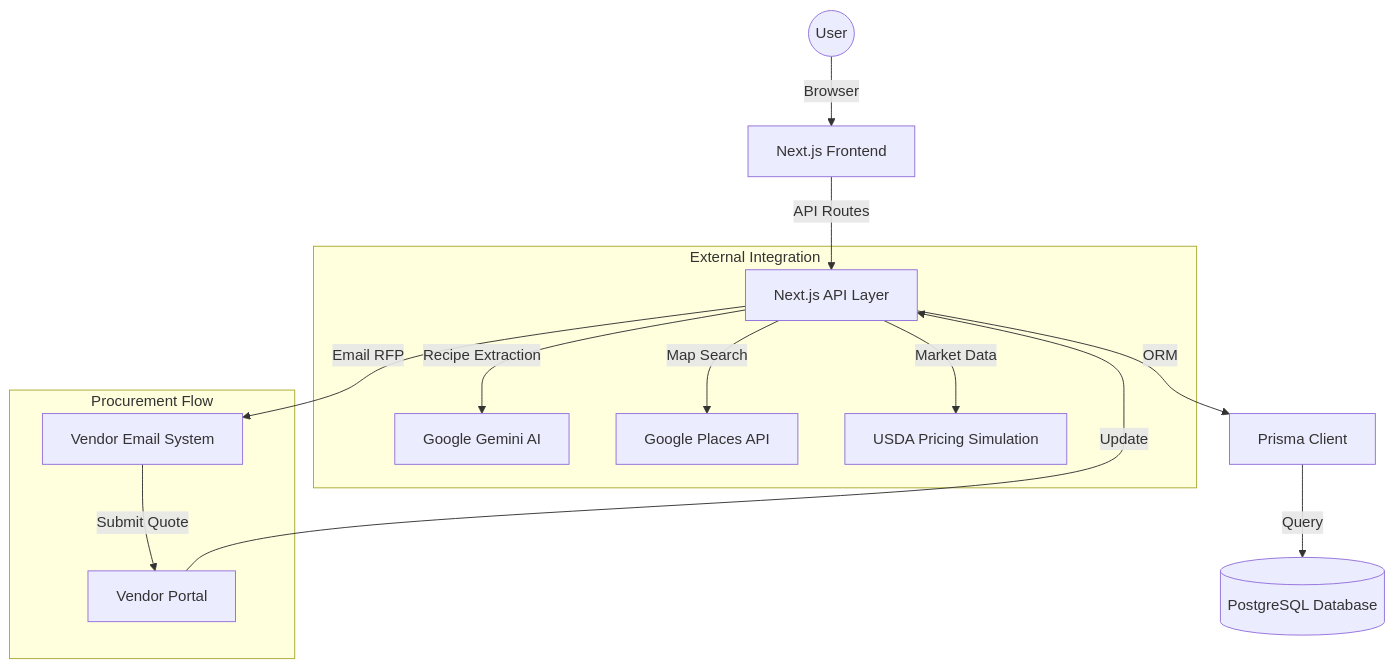
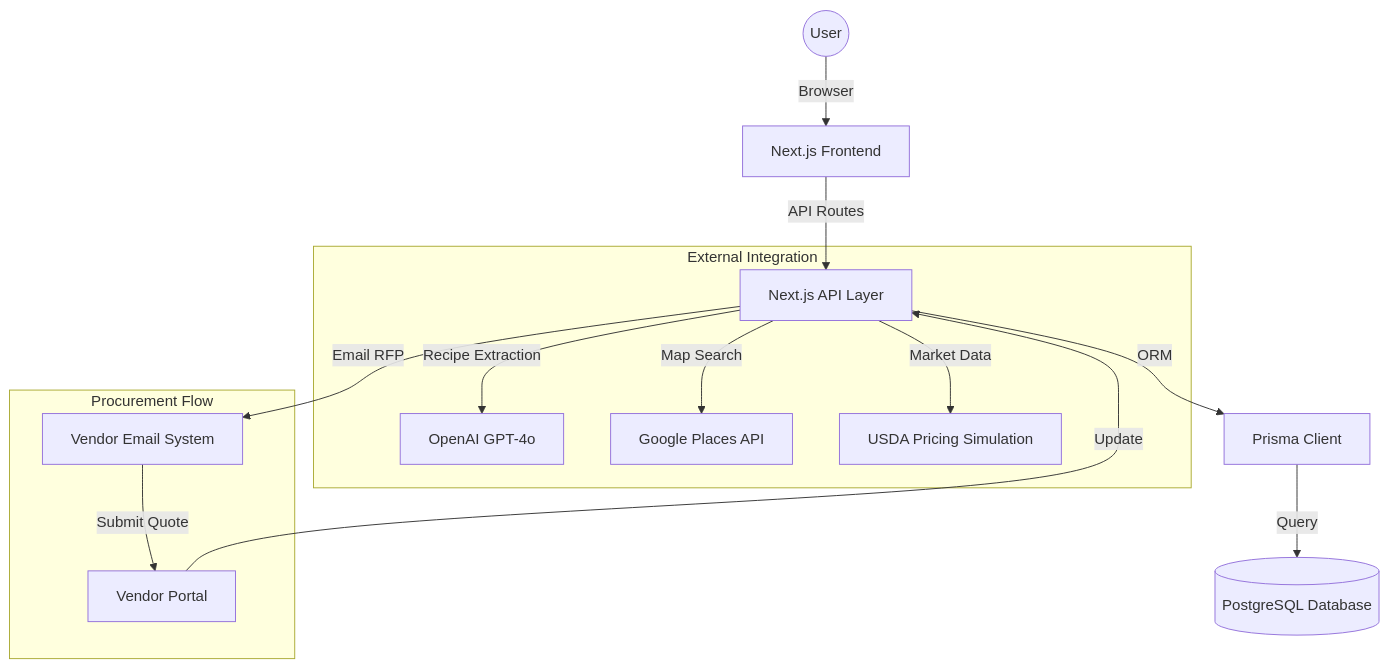
One commit to Utsavd7/AutoRFP-Automated-Ingredient-Procurement-System changed the first of 2 diagrams in README.md. Above: the diagram before and after it, drawn with Mermaid. The commit also changed other lines of this file and 8 other files, not shown here.

Commit message:
feat: migrate entire AI infrastructure to OpenAI GPT-4o

````diff
--- a/README.md
+++ b/README.md
@@ -24,19 +24,19 @@
 ```mermaid
 graph TD
     User((User)) -->|Browser| Frontend[Next.js Frontend]
     Frontend -->|API Routes| Backend[Next.js API Layer]
     Backend -->|ORM| Prisma[Prisma Client]
     Prisma -->|Query| DB[(PostgreSQL Database)]
     
     subgraph "External Integration"
-        Backend -->|Recipe Extraction| Gemini[Google Gemini AI]
+        Backend -->|Recipe Extraction| GPT[OpenAI GPT-4o]
         Backend -->|Map Search| GooglePlaces[Google Places API]
         Backend -->|Market Data| USDASim[USDA Pricing Simulation]
     end
     
     subgraph "Procurement Flow"
         Backend -->|Email RFP| Vendors[Vendor Email System]
         Vendors -->|Submit Quote| QuotePortal[Vendor Portal]
         QuotePortal -->|Update| Backend
     end
 ```
````
